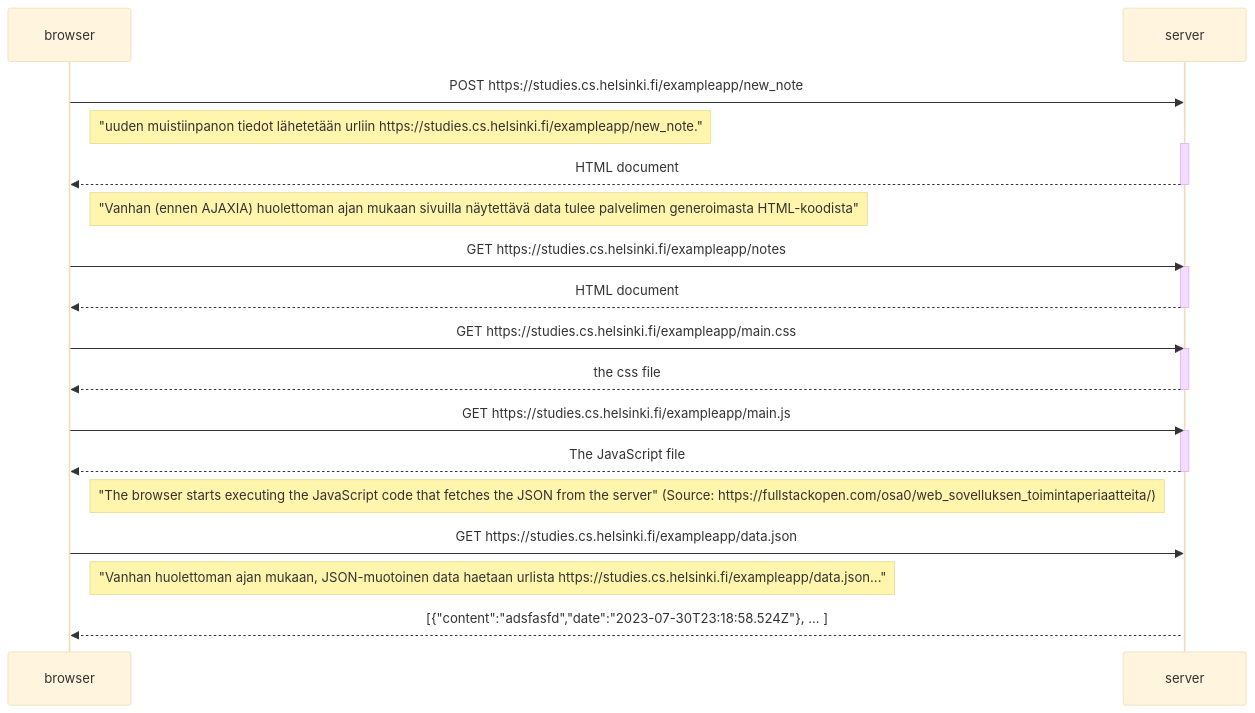
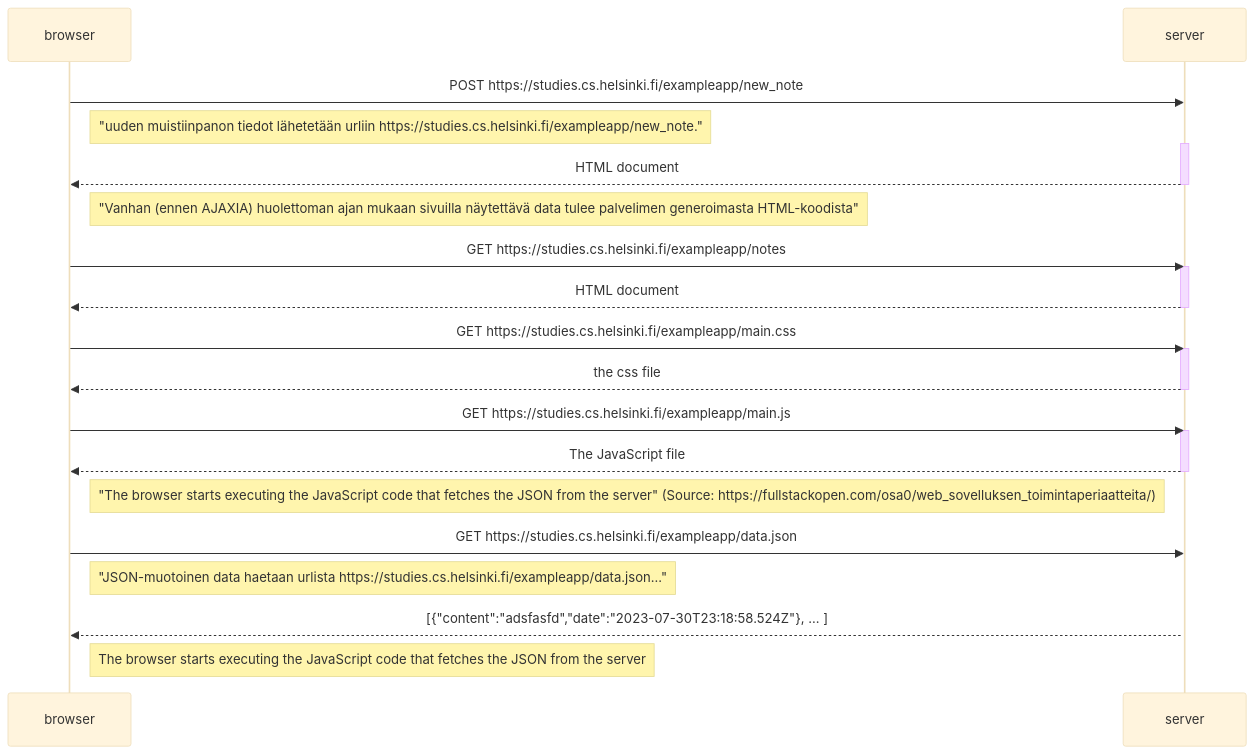
The diagram in 04.md (alelikak/fullstackopen), drawn with Mermaid (base theme) before and after one commit.

````diff
--- a/04.md
+++ b/04.md
@@ -1,37 +1,37 @@
 ```mermaid
 sequenceDiagram
     participant browser
     participant server
 
     browser->>server: POST https://studies.cs.helsinki.fi/exampleapp/new_note
     Note right of browser:"uuden muistiinpanon tiedot lähetetään urliin https://studies.cs.helsinki.fi/exampleapp/new_note."
     activate server
     server-->>browser: HTML document
     deactivate server
     Note right of browser:"Vanhan (ennen AJAXIA) huolettoman ajan mukaan sivuilla näytettävä data tulee palvelimen generoimasta HTML-koodista"
     
     browser->>server: GET https://studies.cs.helsinki.fi/exampleapp/notes
     activate server
     server-->>browser: HTML document
     deactivate server
     
     browser->>server: GET https://studies.cs.helsinki.fi/exampleapp/main.css
     activate server
     server-->>browser: the css file
     deactivate server
     
     
     browser->>server: GET https://studies.cs.helsinki.fi/exampleapp/main.js
     activate server
     server-->>browser: The JavaScript file
     deactivate server    
 
     Note right of browser: "The browser starts executing the JavaScript code that fetches the JSON from the server" (Source: https://fullstackopen.com/osa0/web_sovelluksen_toimintaperiaatteita/)
     
 
     browser->>server: GET https://studies.cs.helsinki.fi/exampleapp/data.json
-Note right of browser: "Vanhan huolettoman ajan mukaan, JSON-muotoinen data haetaan urlista https://studies.cs.helsinki.fi/exampleapp/data.json..."
+Note right of browser: "JSON-muotoinen data haetaan urlista https://studies.cs.helsinki.fi/exampleapp/data.json..."
     activate server
     server-->>browser: [{"content":"adsfasfd","date":"2023-07-30T23:18:58.524Z"}, ... ]
-    
+    Note right of browser: The browser starts executing the JavaScript code that fetches the JSON from the server
 ```
````
